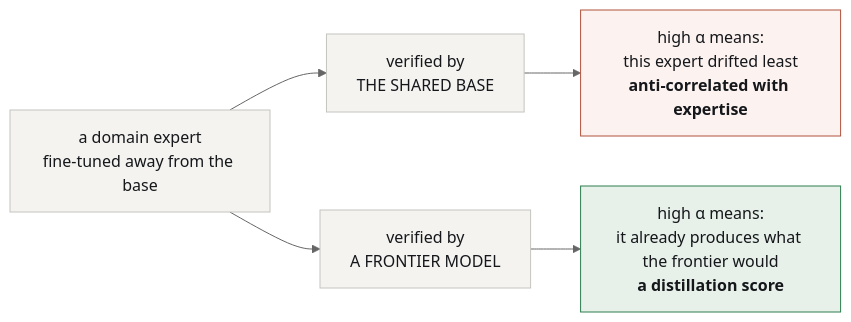
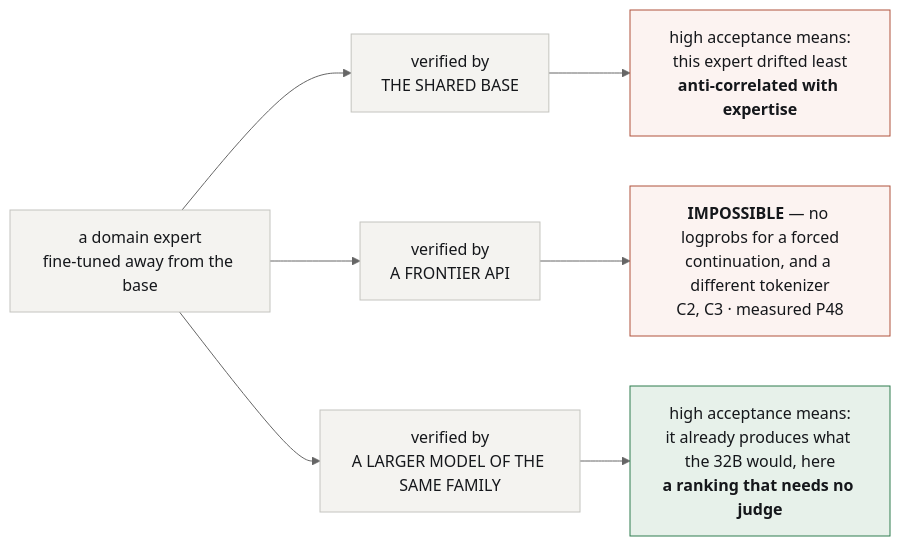
One commit to EvolvingAgentsLabs/lora-kernel changed the diagram in docs/TECHNICAL-REFERENCE.md. Above: the diagram before and after it, drawn with Mermaid (neutral theme). The commit also changed 7 other files, not shown here.

````diff
--- a/docs/TECHNICAL-REFERENCE.md
+++ b/docs/TECHNICAL-REFERENCE.md
@@ -48,18 +48,21 @@
 ```mermaid
 flowchart LR
     E["a domain expert<br>fine-tuned away from the base"]
     B["verified by<br>THE SHARED BASE"]
-    F["verified by<br>A FRONTIER MODEL"]
-    RB["high α means:<br>this expert drifted least<br><b>anti-correlated with expertise</b>"]
-    RF["high α means:<br>it already produces what the frontier would<br><b>a distillation score</b>"]
+    F["verified by<br>A FRONTIER API"]
+    L["verified by<br>A LARGER MODEL OF THE SAME FAMILY"]
+    RB["high acceptance means:<br>this expert drifted least<br><b>anti-correlated with expertise</b>"]
+    RF["<b>IMPOSSIBLE</b> — no logprobs for a forced<br>continuation, and a different tokenizer<br>C2, C3 · measured P48"]
+    RL["high acceptance means:<br>it already produces what the 32B would, here<br><b>a ranking that needs no judge</b>"]
 
     E --> B --> RB
     E --> F --> RF
+    E --> L --> RL
 
     classDef bad fill:#FCF3F1,stroke:#B0523C,color:#15171B
     classDef good fill:#E7F1EA,stroke:#2E7D4F,color:#15171B
     classDef neutral fill:#F4F3F0,stroke:#C4C4BF,color:#15171B
-    class RB bad
-    class RF good
-    class E,B,F neutral
+    class RB,RF bad
+    class RL good
+    class E,B,F,L neutral
 ```
````
